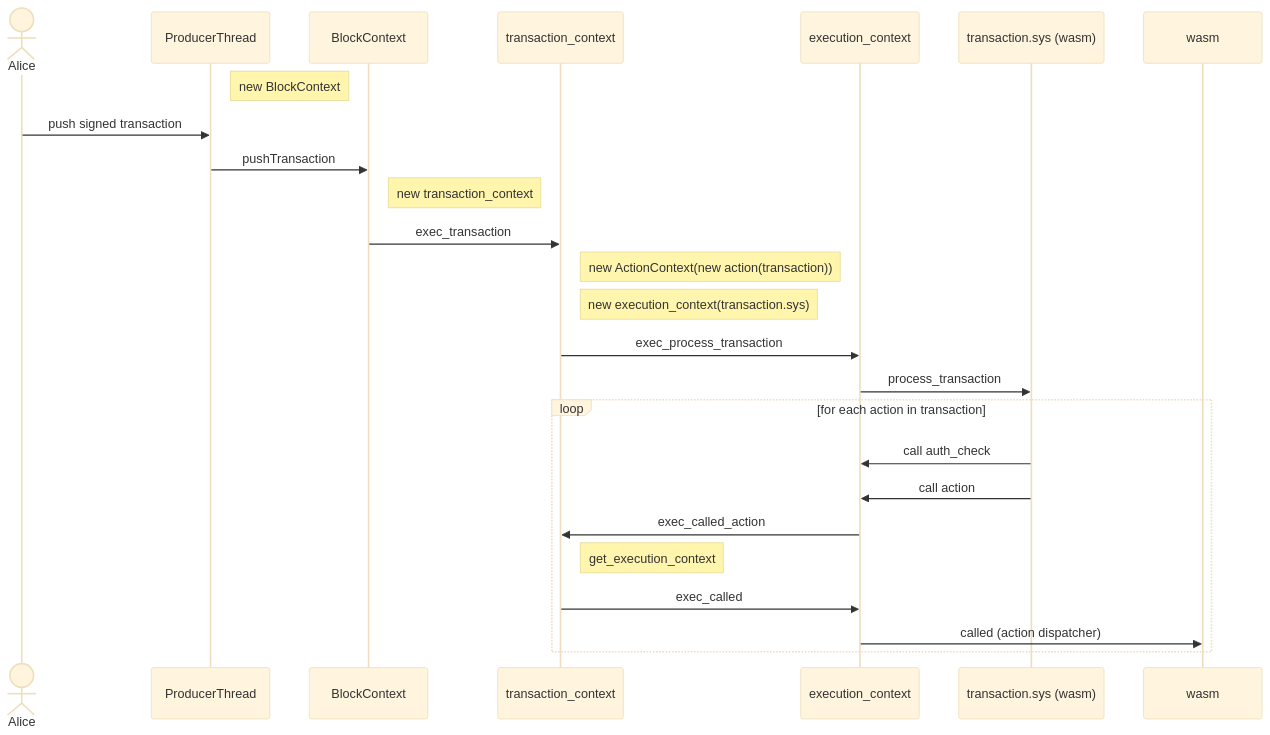
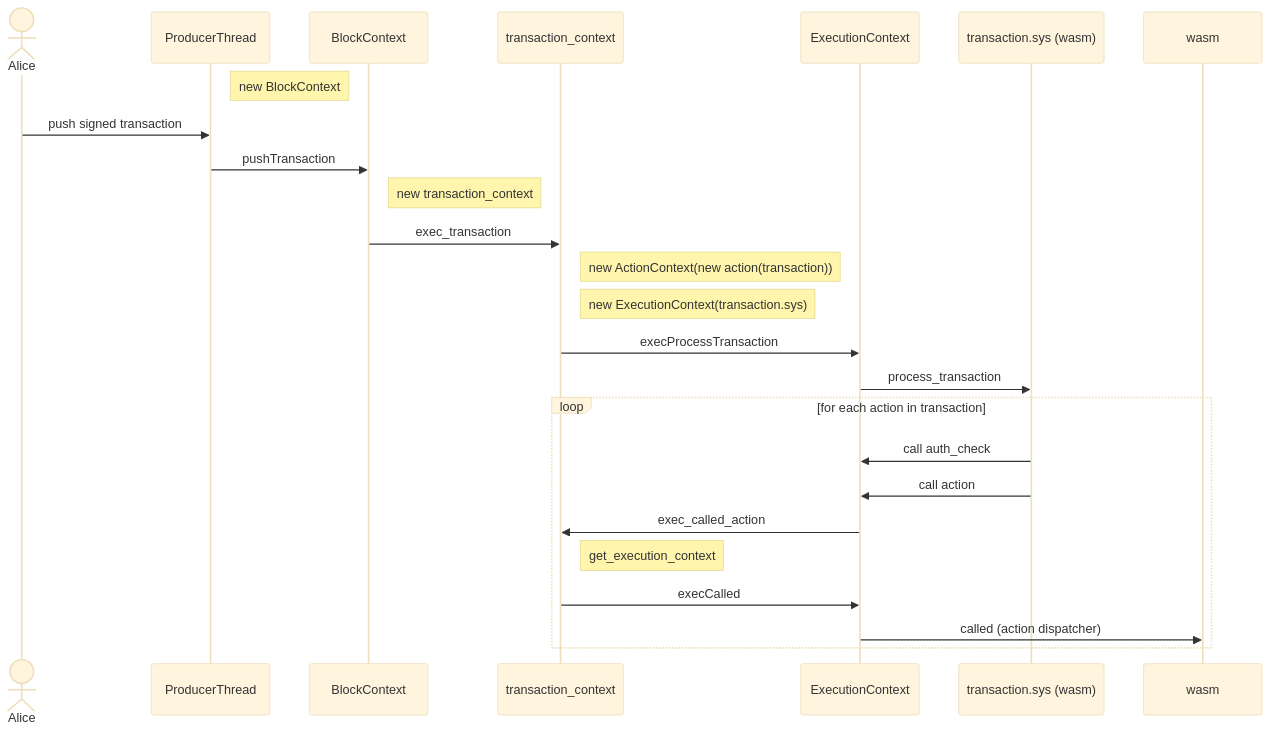
The diagram in doc/transaction_execution.md (gofractally/psibase), drawn with Mermaid (base theme) before and after one commit. The commit also changed other lines of this file and 10 other files, not shown here.

````diff
--- a/doc/transaction_execution.md
+++ b/doc/transaction_execution.md
@@ -53,27 +53,27 @@
 ```mermaid
 sequenceDiagram
     actor Alice
     participant ProducerThread
     participant BlockContext
     participant transaction_context
-    participant execution_context
+    participant ExecutionContext
     participant transaction.sys (wasm)
 
     note right of ProducerThread: new BlockContext
     Alice->>ProducerThread: push signed transaction
     ProducerThread->>BlockContext: pushTransaction
     note right of BlockContext: new transaction_context
     BlockContext->>transaction_context: exec_transaction
     note right of transaction_context: new ActionContext(new action(transaction))
-    note right of transaction_context: new execution_context(transaction.sys)
-    transaction_context->>execution_context: exec_process_transaction
-    execution_context->>transaction.sys (wasm): process_transaction
+    note right of transaction_context: new ExecutionContext(transaction.sys)
+    transaction_context->>ExecutionContext: execProcessTransaction
+    ExecutionContext->>transaction.sys (wasm): process_transaction
     loop for each action in transaction
-        transaction.sys (wasm)->>execution_context: call auth_check
-        transaction.sys (wasm)->>execution_context: call action
-        execution_context->>transaction_context: exec_called_action
+        transaction.sys (wasm)->>ExecutionContext: call auth_check
+        transaction.sys (wasm)->>ExecutionContext: call action
+        ExecutionContext->>transaction_context: exec_called_action
         note right of transaction_context: get_execution_context
-        transaction_context->>execution_context: exec_called 
-        execution_context->>wasm: called (action dispatcher)
+        transaction_context->>ExecutionContext: execCalled 
+        ExecutionContext->>wasm: called (action dispatcher)
     end
 ```
````
